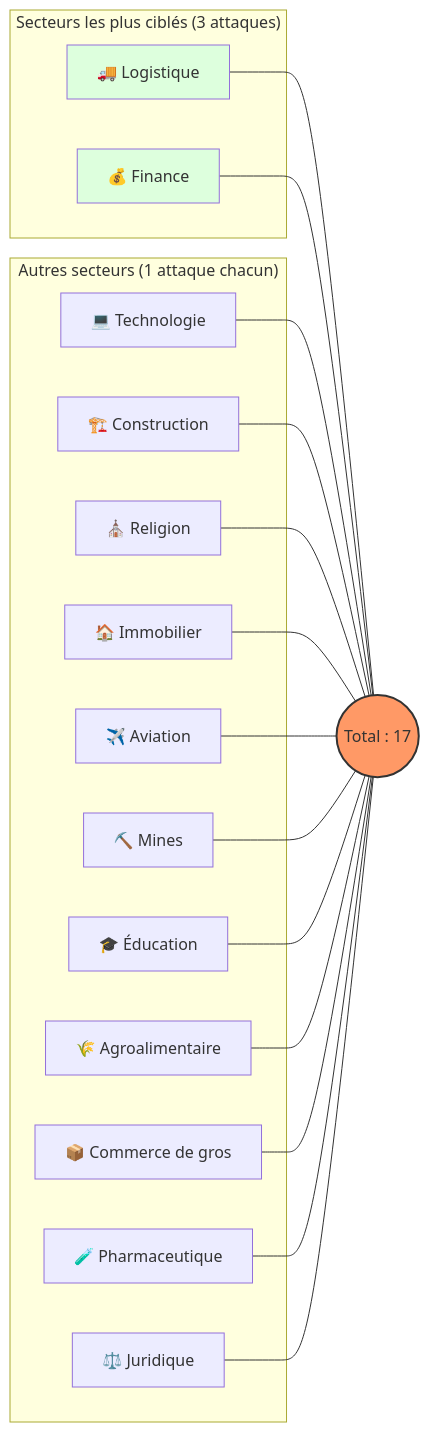
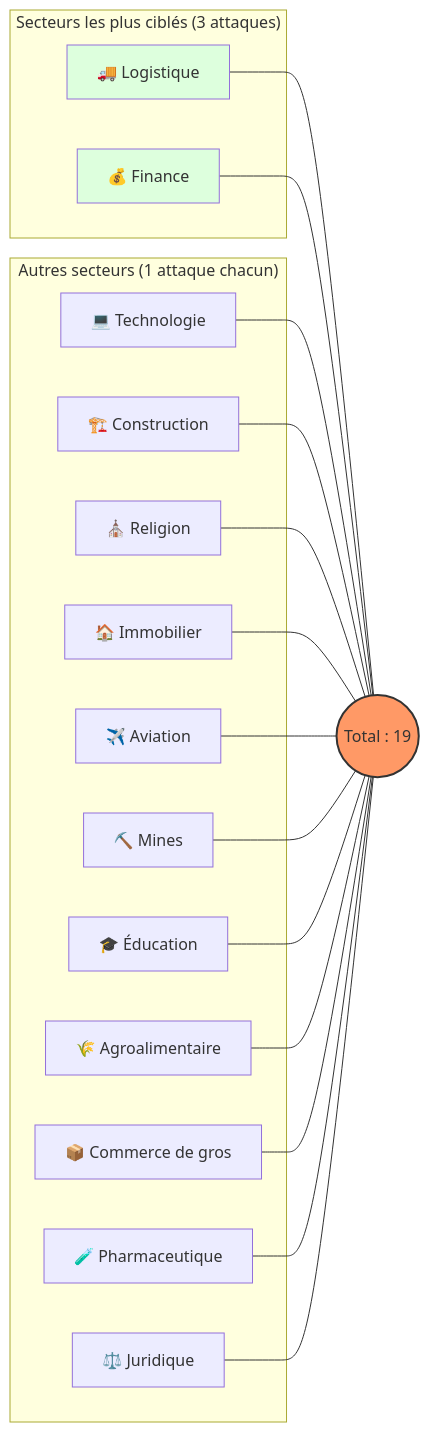
Before and after one commit to Hatchepsoute/AFRINTEL: the first of 3 diagrams in CyberAttackAfrica/2025/10-october/README_FR.md, drawn with Mermaid. The commit also changed other lines of this file and 255 other files, not shown here.

````diff
--- a/CyberAttackAfrica/2025/10-october/README_FR.md
+++ b/CyberAttackAfrica/2025/10-october/README_FR.md
@@ -56,39 +58,39 @@
 ```mermaid
 graph LR
     subgraph "Secteurs les plus ciblés (3 attaques)"
     L[🚚 Logistique]
     F[💰 Finance]
     end
 
     subgraph "Autres secteurs (1 attaque chacun)"
     T[💻 Technologie]
     C[🏗️ Construction]
     R[⛪ Religion]
     RE[🏠 Immobilier]
     AV[✈️ Aviation]
     M[⛏️ Mines]
     E[🎓 Éducation]
     AG[🌾 Agroalimentaire]
     W[📦 Commerce de gros]
     P[🧪 Pharmaceutique]
     J[⚖️ Juridique]
     end
 
-    L --- Total((Total : 17))
+    L --- Total((Total : 19))
     F --- Total
     T --- Total
     C --- Total
     R --- Total
     RE --- Total
     AV --- Total
     M --- Total
     E --- Total
     AG --- Total
     W --- Total
     P --- Total
     J --- Total
 
     style Total fill:#f96,stroke:#333,stroke-width:2px
     style L fill:#dfd
     style F fill:#dfd
 ```
````
